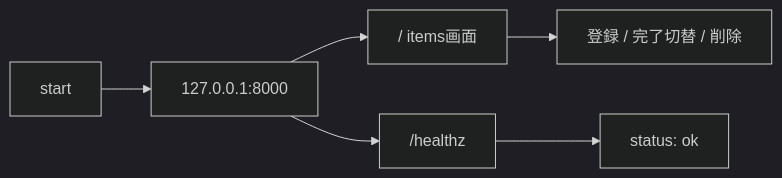
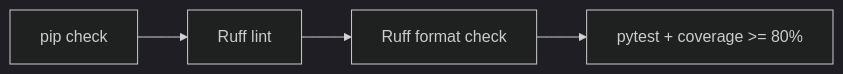
The second of 5 diagrams in GETTING-STARTED.md (k-systems202208/python-sqlite-tailscale-webapp-template), drawn with Mermaid (dark theme) before and after one commit. The commit also changed other lines of this file and 42 other files, not shown here.

````diff
--- a/GETTING-STARTED.md
+++ b/GETTING-STARTED.md
@@ -157,8 +139,6 @@
 ```mermaid
 flowchart LR
-    A["start"] --> B["127.0.0.1:8000"]
-    B --> C["/ items画面"]
-    B --> D["/healthz"]
-    C --> E["登録 / 完了切替 / 削除"]
-    D --> F["status: ok"]
+    A["pip check"] --> B["Ruff lint"]
+    B --> C["Ruff format check"]
+    C --> D["pytest + coverage >= 80%"]
 ```
````
